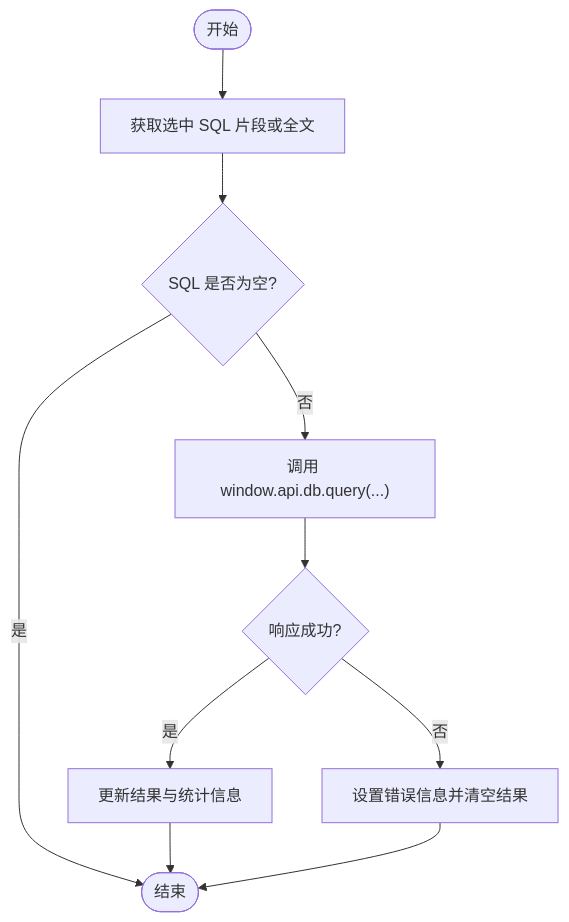
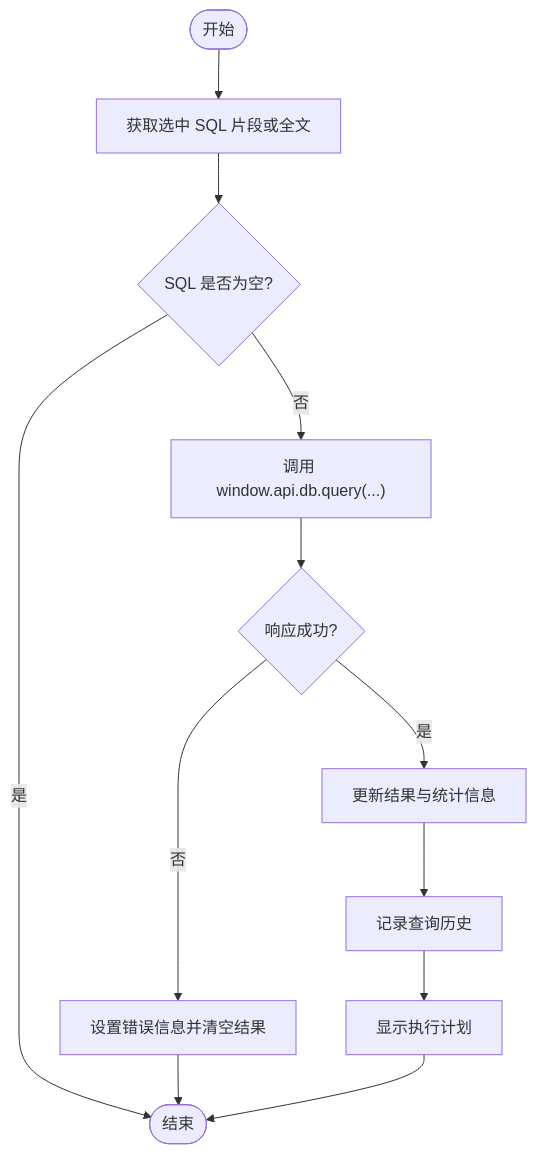
Before and after one commit to wwenbo2048/nexsql: the fourth of 8 diagrams in .qoder/repowiki/zh/content/前端组件系统/查询编辑器组件.md, drawn with Mermaid. The commit also changed other lines of this file and 19 other files, not shown here.

````diff
--- a/.qoder/repowiki/zh/content/前端组件系统/查询编辑器组件.md
+++ b/.qoder/repowiki/zh/content/前端组件系统/查询编辑器组件.md
@@ -158,12 +271,14 @@
 ```mermaid
 flowchart TD
 Start(["开始"]) --> GetSel["获取选中 SQL 片段或全文"]
 GetSel --> HasSQL{"SQL 是否为空?"}
 HasSQL --> |是| End(["结束"])
 HasSQL --> |否| Exec["调用 window.api.db.query(...)"]
 Exec --> Resp{"响应成功?"}
 Resp --> |是| UpdateRes["更新结果与统计信息"]
 Resp --> |否| UpdateErr["设置错误信息并清空结果"]
-UpdateRes --> End
+UpdateRes --> RecordHistory["记录查询历史"]
+RecordHistory --> ShowExplain["显示执行计划"]
 UpdateErr --> End
+ShowExplain --> End
 ```
````
